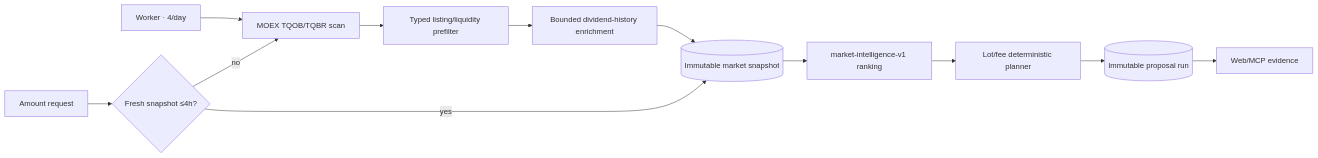
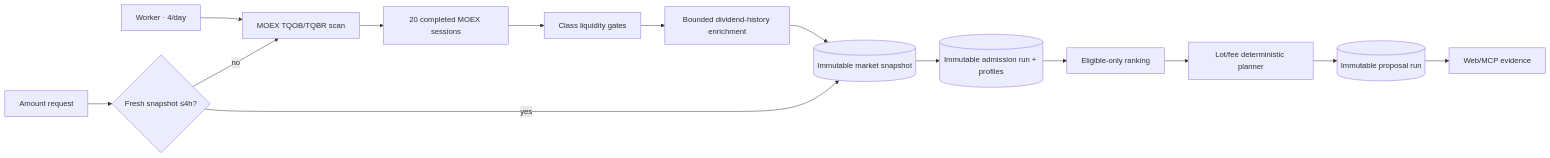
Before and after one commit to TBWTK/PatientCapital: the second of 4 diagrams in docs/ARCHITECTURE.md, drawn with Mermaid. The commit also changed other lines of this file and 38 other files, not shown here.

````diff
--- a/docs/ARCHITECTURE.md
+++ b/docs/ARCHITECTURE.md
@@ -203,14 +206,16 @@
 ```mermaid
 flowchart LR
   Worker["Worker · 4/day"] --> Scan["MOEX TQOB/TQBR scan"]
   Request["Amount request"] --> Fresh{"Fresh snapshot ≤4h?"}
   Fresh -- no --> Scan
-  Scan --> Prefilter["Typed listing/liquidity prefilter"]
+  Scan --> History["20 completed MOEX sessions"]
+  History --> Prefilter["Class liquidity gates"]
   Prefilter --> Enrich["Bounded dividend-history enrichment"]
   Enrich --> Snapshot[("Immutable market snapshot")]
+  Snapshot --> Admission[("Immutable admission run + profiles")]
   Fresh -- yes --> Snapshot
-  Snapshot --> Rank["market-intelligence-v1 ranking"]
+  Admission --> Rank["Eligible-only ranking"]
   Rank --> Core["Lot/fee deterministic planner"]
   Core --> Proposal[("Immutable proposal run")]
   Proposal --> Explain["Web/MCP evidence"]
 ```
````
